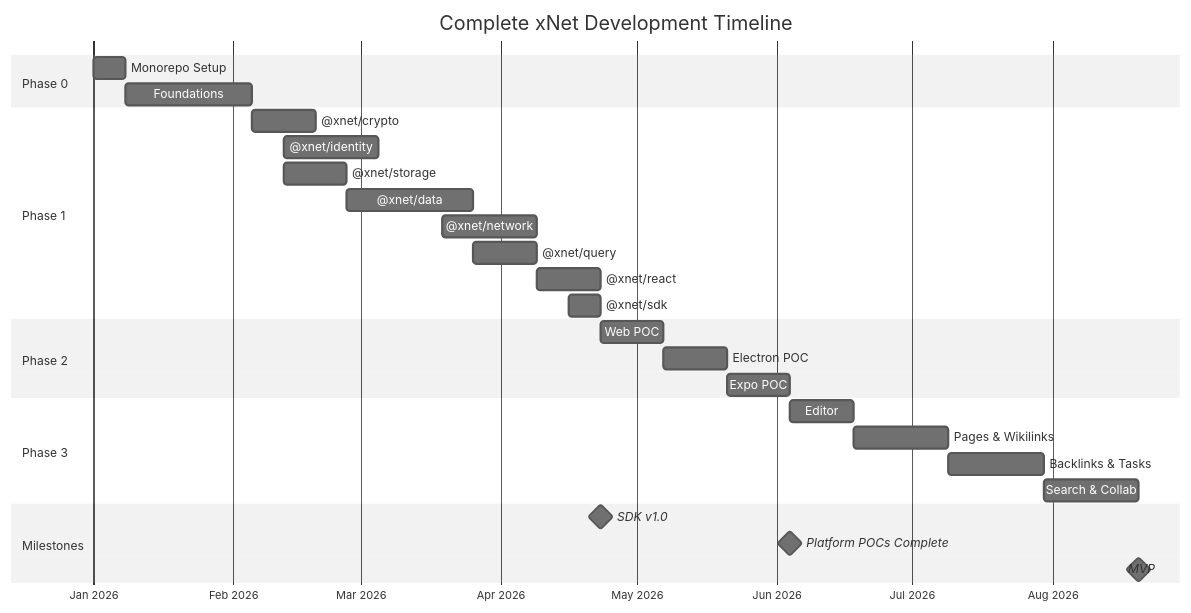
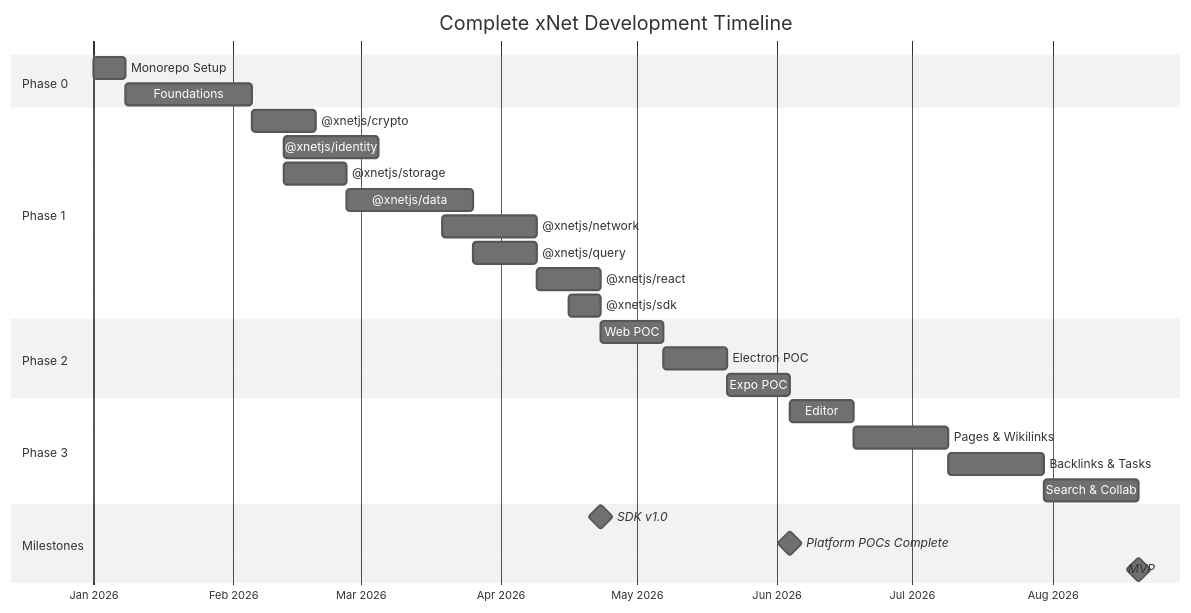
Before and after one commit to crs48/xNet: diagram 12 of 13 in docs/plans/plan01MVP/16-timeline.md, drawn with Mermaid (neutral theme). The commit also changed other lines of this file and 980 other files, not shown here.

````diff
--- a/docs/plans/plan01MVP/16-timeline.md
+++ b/docs/plans/plan01MVP/16-timeline.md
@@ -629,36 +629,36 @@
 ```mermaid
 gantt
     title Complete xNet Development Timeline
     dateFormat  YYYY-MM-DD
     axisFormat  %b %Y
 
     section Phase 0
     Monorepo Setup               :2026-01-01, 1w
     Foundations                  :2026-01-08, 4w
 
     section Phase 1
-    @xnet/crypto                 :2026-02-05, 2w
-    @xnet/identity               :2026-02-12, 3w
-    @xnet/storage                :2026-02-12, 2w
-    @xnet/data                   :2026-02-26, 4w
-    @xnet/network                :2026-03-19, 3w
-    @xnet/query                  :2026-03-26, 2w
-    @xnet/react                  :2026-04-09, 2w
-    @xnet/sdk                    :2026-04-16, 1w
+    @xnetjs/crypto                 :2026-02-05, 2w
+    @xnetjs/identity               :2026-02-12, 3w
+    @xnetjs/storage                :2026-02-12, 2w
+    @xnetjs/data                   :2026-02-26, 4w
+    @xnetjs/network                :2026-03-19, 3w
+    @xnetjs/query                  :2026-03-26, 2w
+    @xnetjs/react                  :2026-04-09, 2w
+    @xnetjs/sdk                    :2026-04-16, 1w
 
     section Phase 2
     Web POC                      :2026-04-23, 2w
     Electron POC                 :2026-05-07, 2w
     Expo POC                     :2026-05-21, 2w
 
     section Phase 3
     Editor                       :2026-06-04, 2w
     Pages & Wikilinks            :2026-06-18, 3w
     Backlinks & Tasks            :2026-07-09, 3w
     Search & Collab              :2026-07-30, 3w
 
     section Milestones
     SDK v1.0                     :milestone, 2026-04-23, 0d
     Platform POCs Complete       :milestone, 2026-06-04, 0d
     MVP                          :milestone, 2026-08-20, 0d
 ```
````
